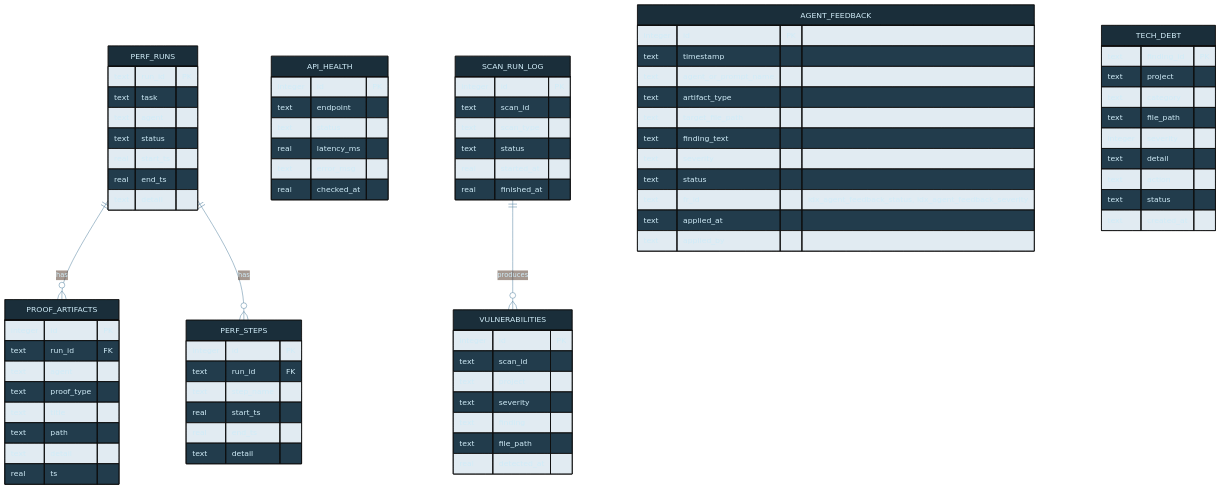
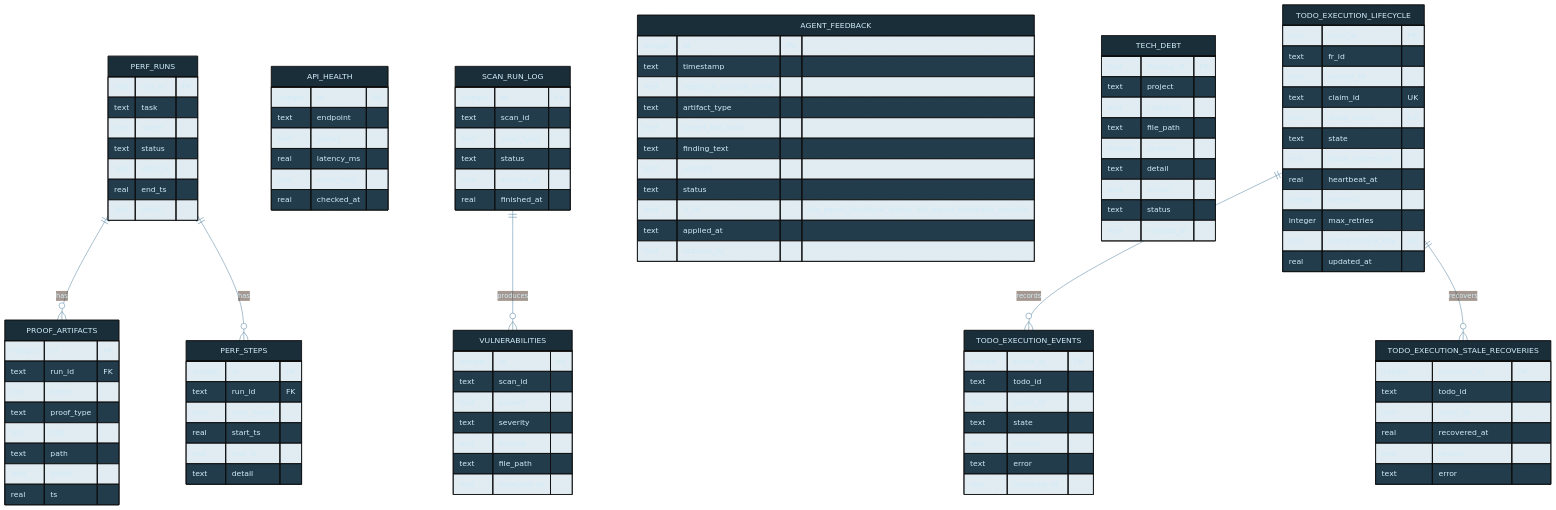
One commit to tylerdrakemusic/-Workspace changed the diagram in diagrams/workspace-db-schema.mmd. Above: the diagram before and after it, drawn with Mermaid. The commit also changed 7 other files, not shown here.

Commit message:
⊕ workspace: publish FR-20260824 todo execution lifecycle

```diff
--- a/diagrams/workspace-db-schema.mmd
+++ b/diagrams/workspace-db-schema.mmd
@@ -1,81 +1,116 @@
 %%{init: {'theme': 'base', 'themeVariables': {'primaryColor': '#1a2e3a', 'primaryTextColor': '#d0ecf8', 'edgeLabelBackground': '#0f1318', 'lineColor': '#4a7a9a'}}}%%
 erDiagram
     PERF_RUNS ||--o{ PROOF_ARTIFACTS : has
     PERF_RUNS ||--o{ PERF_STEPS : has
     PERF_RUNS {
         text run_id PK
         text task
         text agent
         text status
         real start_ts
         real end_ts
         text detail
     }
     PERF_STEPS {
         integer id PK
         text run_id FK
         text step_name
         real start_ts
         real end_ts
         text detail
     }
     PROOF_ARTIFACTS {
         integer id PK
         text run_id FK
         text agent
         text proof_type
         text title
         text path
         text detail
         real ts
     }
     API_HEALTH {
         integer id PK
         text endpoint
         text status
         real latency_ms
         text error_msg
         real checked_at
     }
     VULNERABILITIES {
         integer id PK
         text scan_id
         text project
         text severity
         text finding
         text file_path
         real detected_at
     }
     SCAN_RUN_LOG {
         integer id PK
         text scan_id
         text scan_type
         text status
         real started_at
         real finished_at
     }
     SCAN_RUN_LOG ||--o{ VULNERABILITIES : produces
     AGENT_FEEDBACK {
         integer id PK
         text timestamp
         text agent_or_prompt_name
         text artifact_type
         text target_file_path
         text finding_text
         text severity
         text status
         text fr_id "idx_agent_feedback_status, idx_agent_feedback_severity"
         text applied_at
         text applied_by
     }
     TECH_DEBT {
         text finding_id PK
         text project
         text category
         text file_path
         integer severity
         text detail
         text action
         text status
         text created_at
     }
+
+    %% Source: src/utils/todo_execution_lifecycle.py :: ExecutionLifecycle._create_schema
+    TODO_EXECUTION_LIFECYCLE ||--o{ TODO_EXECUTION_EVENTS : records
+    TODO_EXECUTION_LIFECYCLE ||--o{ TODO_EXECUTION_STALE_RECOVERIES : recovers
+    TODO_EXECUTION_LIFECYCLE {
+        text todo_id PK
+        text fr_id
+        text worker_id
+        text claim_id UK
+        text lease_token UK
+        text state
+        real lease_expires_at
+        real heartbeat_at
+        integer attempt
+        integer max_retries
+        text idempotency_key UK
+        real updated_at
+    }
+    TODO_EXECUTION_EVENTS {
+        integer event_id PK
+        text todo_id
+        text claim_id
+        text state
+        text reason
+        text error
+        real occurred_at
+    }
+    TODO_EXECUTION_STALE_RECOVERIES {
+        integer recovery_id PK
+        text todo_id
+        text claim_id
+        real recovered_at
+        text reason
+        text error
+    }
```
